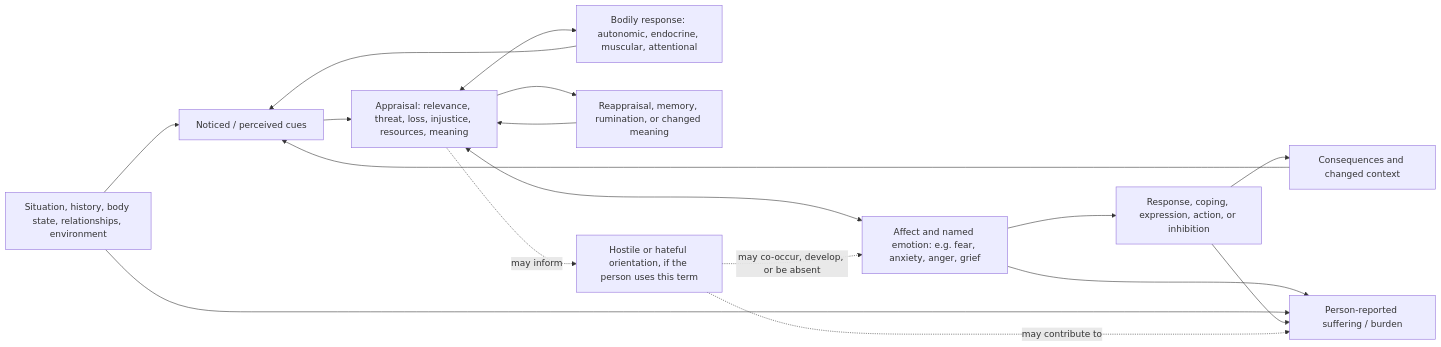
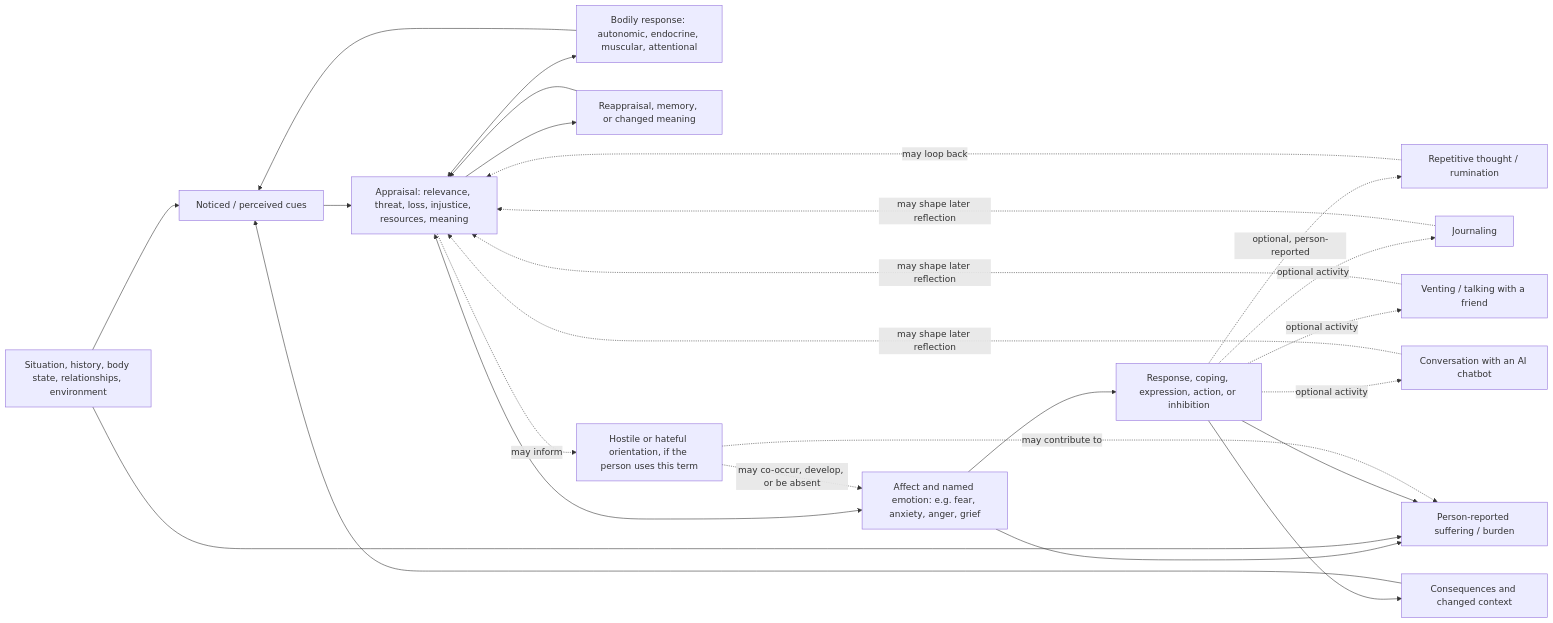
Before and after one commit to CastaliaInstitute/metheus: the diagram in docs/perception-stress-pathway.md, drawn with Mermaid. The commit also changed other lines of this file and 3 other files, not shown here.

````diff
--- a/docs/perception-stress-pathway.md
+++ b/docs/perception-stress-pathway.md
@@ -13,19 +13,27 @@
 ```mermaid
 flowchart LR
     C[Situation, history, body state, relationships, environment] --> P[Noticed / perceived cues]
     P --> A[Appraisal: relevance, threat, loss, injustice, resources, meaning]
     A <--> E[Affect and named emotion: e.g. fear, anxiety, anger, grief]
     A <--> B[Bodily response: autonomic, endocrine, muscular, attentional]
     E --> R[Response, coping, expression, action, or inhibition]
+    R -. optional, person-reported .-> T[Repetitive thought / rumination]
+    R -. optional activity .-> J[Journaling]
+    R -. optional activity .-> F[Venting / talking with a friend]
+    R -. optional activity .-> AI[Conversation with an AI chatbot]
+    T -. may loop back .-> A
+    J -. may shape later reflection .-> A
+    F -. may shape later reflection .-> A
+    AI -. may shape later reflection .-> A
     B --> P
     R --> C2[Consequences and changed context]
     C2 --> P
-    A --> M[Reappraisal, memory, rumination, or changed meaning]
+    A --> M[Reappraisal, memory, or changed meaning]
     M --> A
     E --> S[Person-reported suffering / burden]
     C --> S
     R --> S
     H[Hostile or hateful orientation, if the person uses this term] -. may co-occur, develop, or be absent .-> E
     A -. may inform .-> H
     H -. may contribute to .-> S
 ```
````
